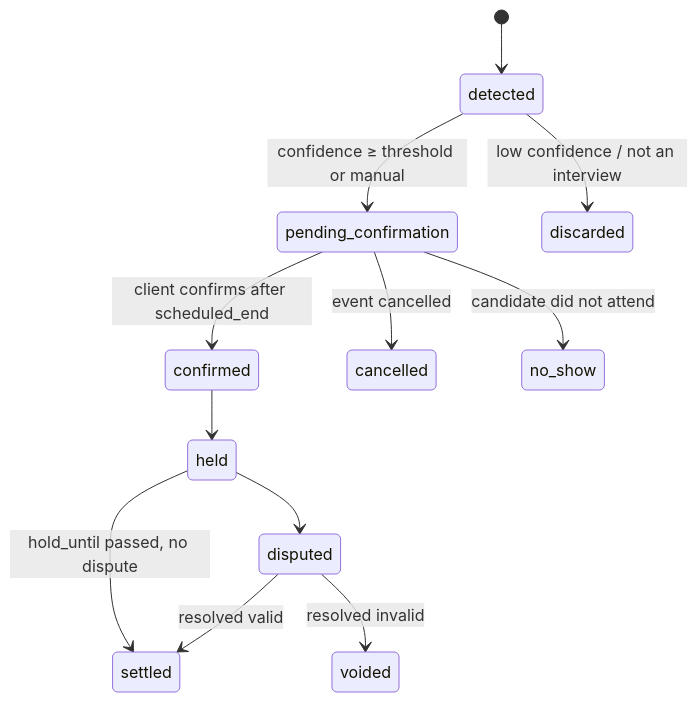
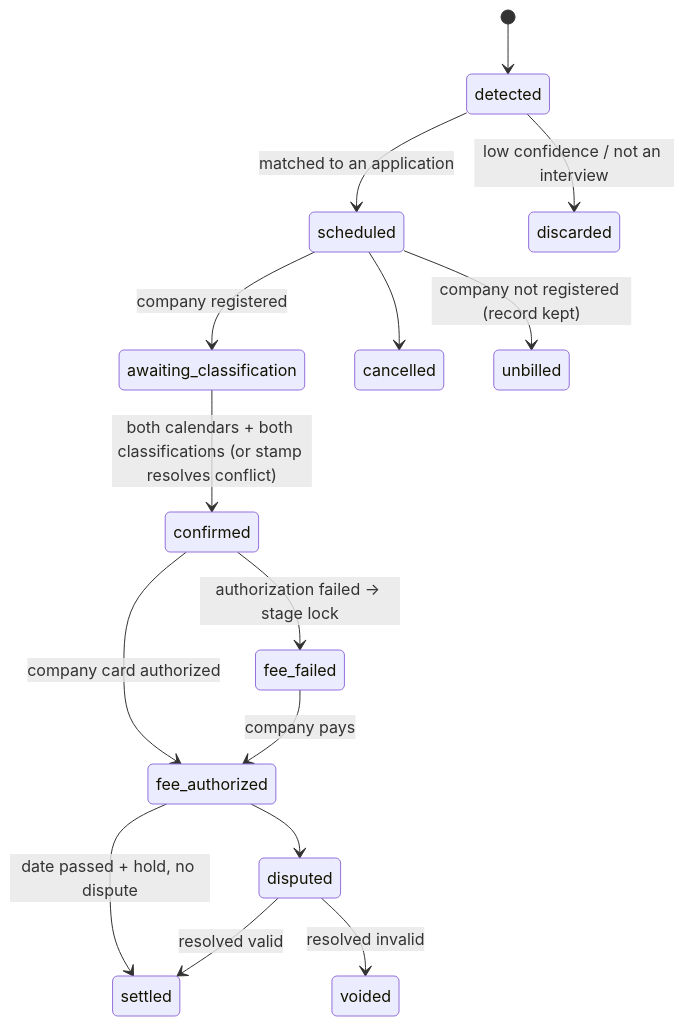
The second of 2 diagrams in docs/03-data-model.md (sid0709/Joined), drawn with Mermaid before and after one commit. The commit also changed other lines of this file and 35 other files, not shown here.

````diff
--- a/docs/03-data-model.md
+++ b/docs/03-data-model.md
@@ -251,14 +211,17 @@
 ```mermaid
 stateDiagram-v2
   [*] --> detected
-  detected --> pending_confirmation: confidence ≥ threshold or manual
+  detected --> scheduled: matched to an application
   detected --> discarded: low confidence / not an interview
-  pending_confirmation --> confirmed: client confirms after scheduled_end
-  pending_confirmation --> cancelled: event cancelled
-  pending_confirmation --> no_show: candidate did not attend
-  confirmed --> held
-  held --> settled: hold_until passed, no dispute
-  held --> disputed
+  scheduled --> awaiting_classification: company registered
+  awaiting_classification --> confirmed: both calendars + both classifications (or stamp resolves conflict)
+  scheduled --> cancelled
+  confirmed --> fee_authorized: company card authorized
+  confirmed --> fee_failed: authorization failed → stage lock
+  fee_failed --> fee_authorized: company pays
+  fee_authorized --> settled: date passed + hold, no dispute
+  fee_authorized --> disputed
   disputed --> settled: resolved valid
   disputed --> voided: resolved invalid
+  scheduled --> unbilled: company not registered (record kept)
 ```
````
